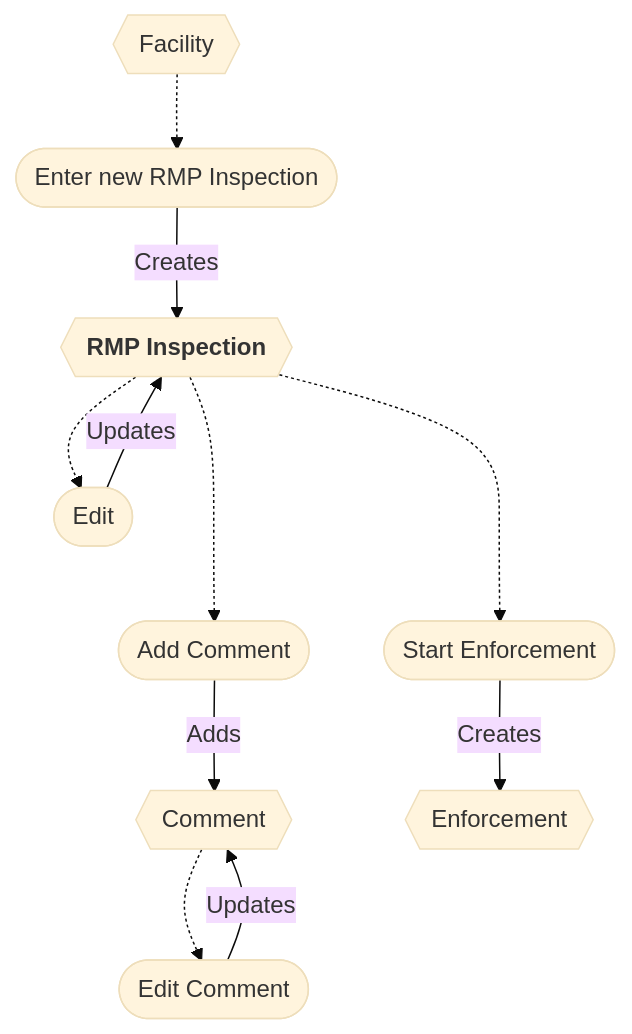
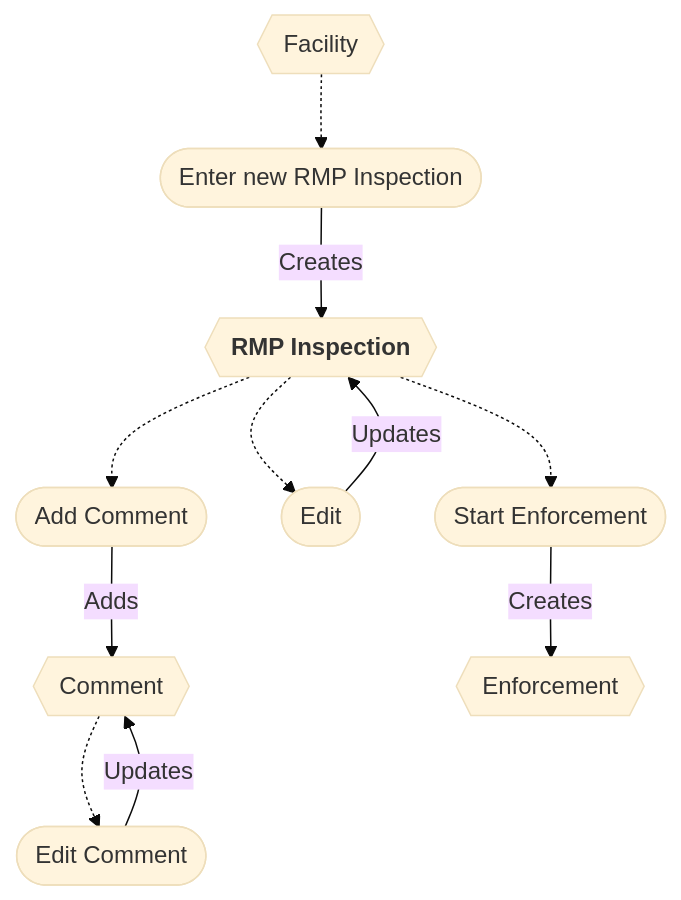
Before and after one commit to gaepdit/air-web: the diagram in docs/Workflows/RMP-Inspection-workflow.md, drawn with Mermaid (base theme). The commit also changed 4 other files, not shown here.

````diff
--- a/docs/Workflows/RMP-Inspection-workflow.md
+++ b/docs/Workflows/RMP-Inspection-workflow.md
@@ -10,26 +10,26 @@
 ```mermaid
 flowchart
     FAC{{Facility}}
     INS{{"`**RMP Inspection**`"}}
     CMT{{Comment}}
     ENF{{Enforcement}}
 
     enter([Enter new RMP Inspection])
     comment([Add Comment])
     edit([Edit])
     enforce([Start Enforcement])
-    updateComment([Edit Comment])
+    editComment([Edit Comment])
     
     FAC -.-> enter
     INS -.-> edit
-    INS -..-> comment
-    INS -..-> enforce
-    CMT -.-> updateComment
+    INS -.-> comment
+    INS -.-> enforce
+    CMT -.-> editComment
 
     enter -->|Creates| INS
     edit -->|Updates| INS
-    updateComment -->|Updates| CMT
+    editComment -->|Updates| CMT
     comment -->|Adds| CMT
     enforce -->|Creates| ENF
 
 ```
````
